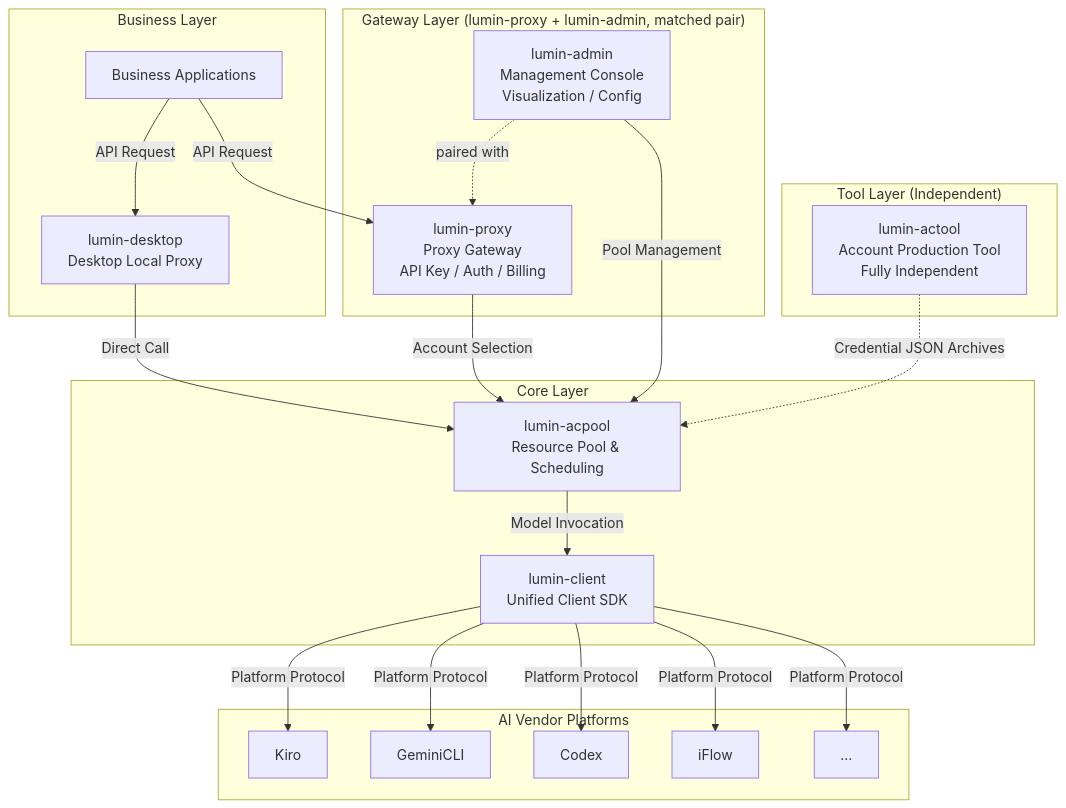
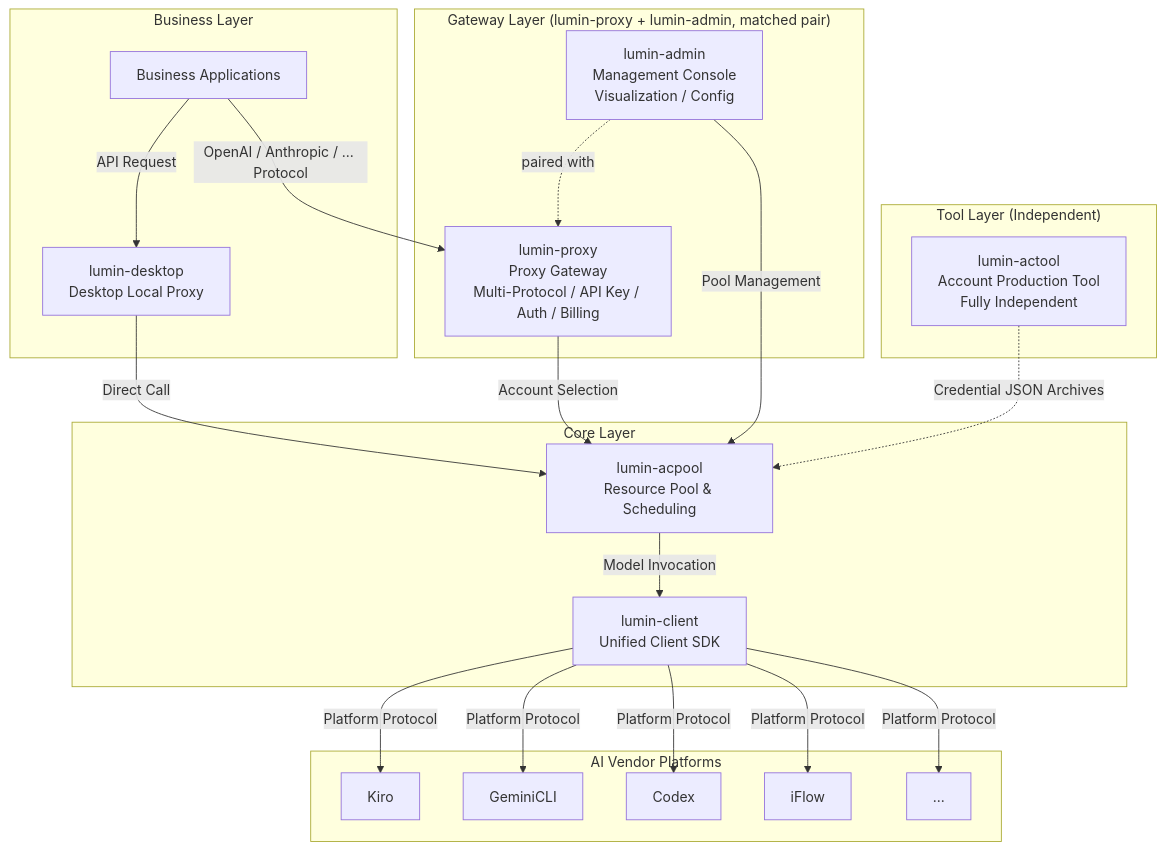
The first of 3 diagrams in README.md (nomand-zc/lumin-acpool), drawn with Mermaid before and after one commit. The commit also changed other lines of this file and 1 other file, not shown here.

````diff
--- a/README.md
+++ b/README.md
@@ -34,43 +34,43 @@
 ```mermaid
 graph TB
     subgraph "Business Layer"
         BIZ[Business Applications]
         DESKTOP[lumin-desktop<br/>Desktop Local Proxy]
     end
 
     subgraph "Gateway Layer (lumin-proxy + lumin-admin, matched pair)"
-        PROXY[lumin-proxy<br/>Proxy Gateway<br/>API Key / Auth / Billing]
+        PROXY[lumin-proxy<br/>Proxy Gateway<br/>Multi-Protocol / API Key / Auth / Billing]
         ADMIN[lumin-admin<br/>Management Console<br/>Visualization / Config]
         ADMIN -.->|paired with| PROXY
     end
 
     subgraph "Core Layer"
         ACPOOL[lumin-acpool<br/>Resource Pool & Scheduling]
         CLIENT[lumin-client<br/>Unified Client SDK]
     end
 
     subgraph "Tool Layer (Independent)"
         ACTOOL[lumin-actool<br/>Account Production Tool<br/>Fully Independent]
     end
 
     subgraph "AI Vendor Platforms"
         KIRO[Kiro]
         GEMINI[GeminiCLI]
         CODEX[Codex]
         IFLOW[iFlow]
         MORE[...]
     end
 
-    BIZ -->|API Request| PROXY
+    BIZ -->|"OpenAI / Anthropic / ... Protocol"| PROXY
     BIZ -->|API Request| DESKTOP
     DESKTOP -->|Direct Call| ACPOOL
     PROXY -->|Account Selection| ACPOOL
     ADMIN -->|Pool Management| ACPOOL
     ACPOOL -->|Model Invocation| CLIENT
     CLIENT -->|Platform Protocol| KIRO
     CLIENT -->|Platform Protocol| GEMINI
     CLIENT -->|Platform Protocol| CODEX
     CLIENT -->|Platform Protocol| IFLOW
     CLIENT -->|Platform Protocol| MORE
     ACTOOL -.->|Credential JSON Archives| ACPOOL
 ```
````
